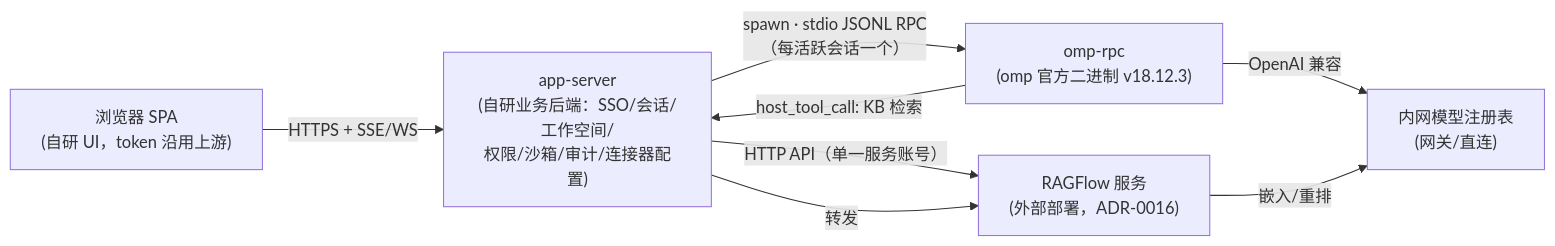
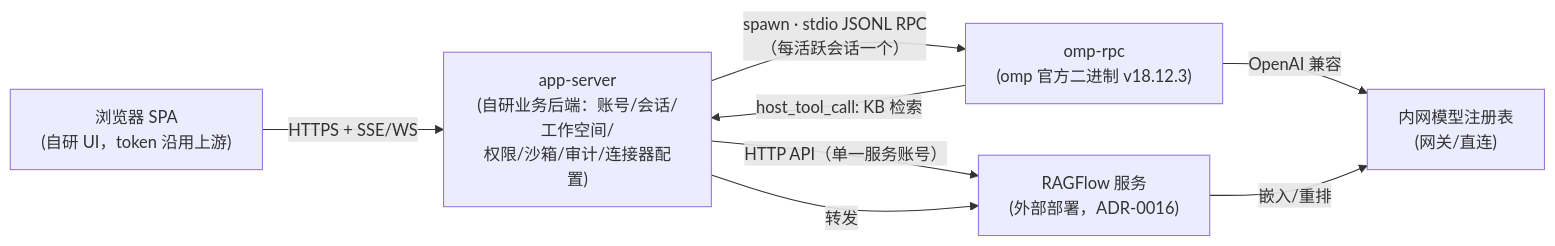
Before and after one commit to DankerMu/open-wb: the diagram in PLAN.md, drawn with Mermaid. The commit also changed other lines of this file and 12 other files, not shown here.

````diff
--- a/PLAN.md
+++ b/PLAN.md
@@ -17,9 +17,9 @@
 ```mermaid
 flowchart LR
-    B["浏览器 SPA<br/>(自研 UI，token 沿用上游)"] -- "HTTPS + SSE/WS" --> S["app-server<br/>(自研业务后端：SSO/会话/工作空间/<br/>权限/沙箱/审计/连接器配置)"]
+    B["浏览器 SPA<br/>(自研 UI，token 沿用上游)"] -- "HTTPS + SSE/WS" --> S["app-server<br/>(自研业务后端：账号/会话/工作空间/<br/>权限/沙箱/审计/连接器配置)"]
     S -- "spawn · stdio JSONL RPC<br/>（每活跃会话一个）" --> A["omp-rpc<br/>(omp 官方二进制 v18.12.3)"]
     S -- "HTTP API（单一服务账号）" --> K["RAGFlow 服务<br/>(外部部署，ADR-0016)"]
     A -- "host_tool_call: KB 检索" --> S -- 转发 --> K
     A -- "OpenAI 兼容" --> P["内网模型注册表<br/>(网关/直连)"]
     K -- 嵌入/重排 --> P
 ```
````
